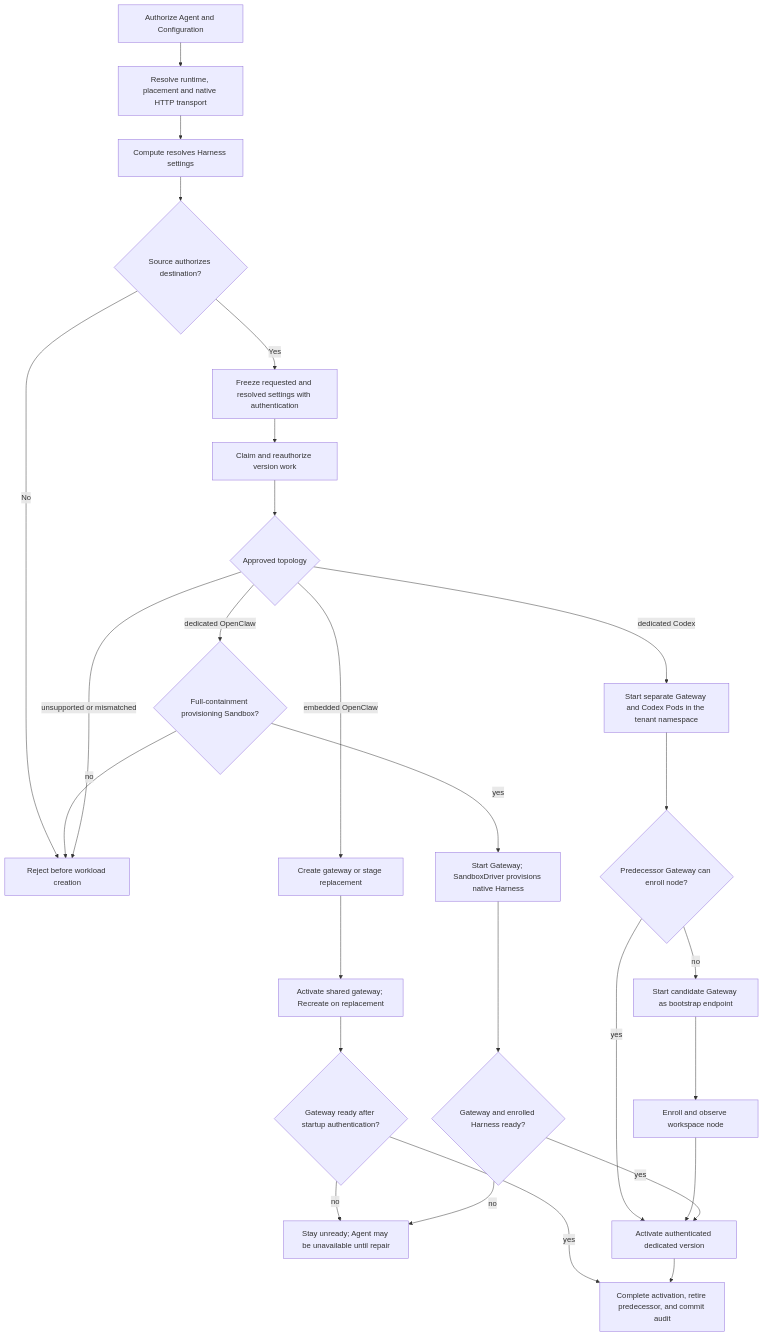
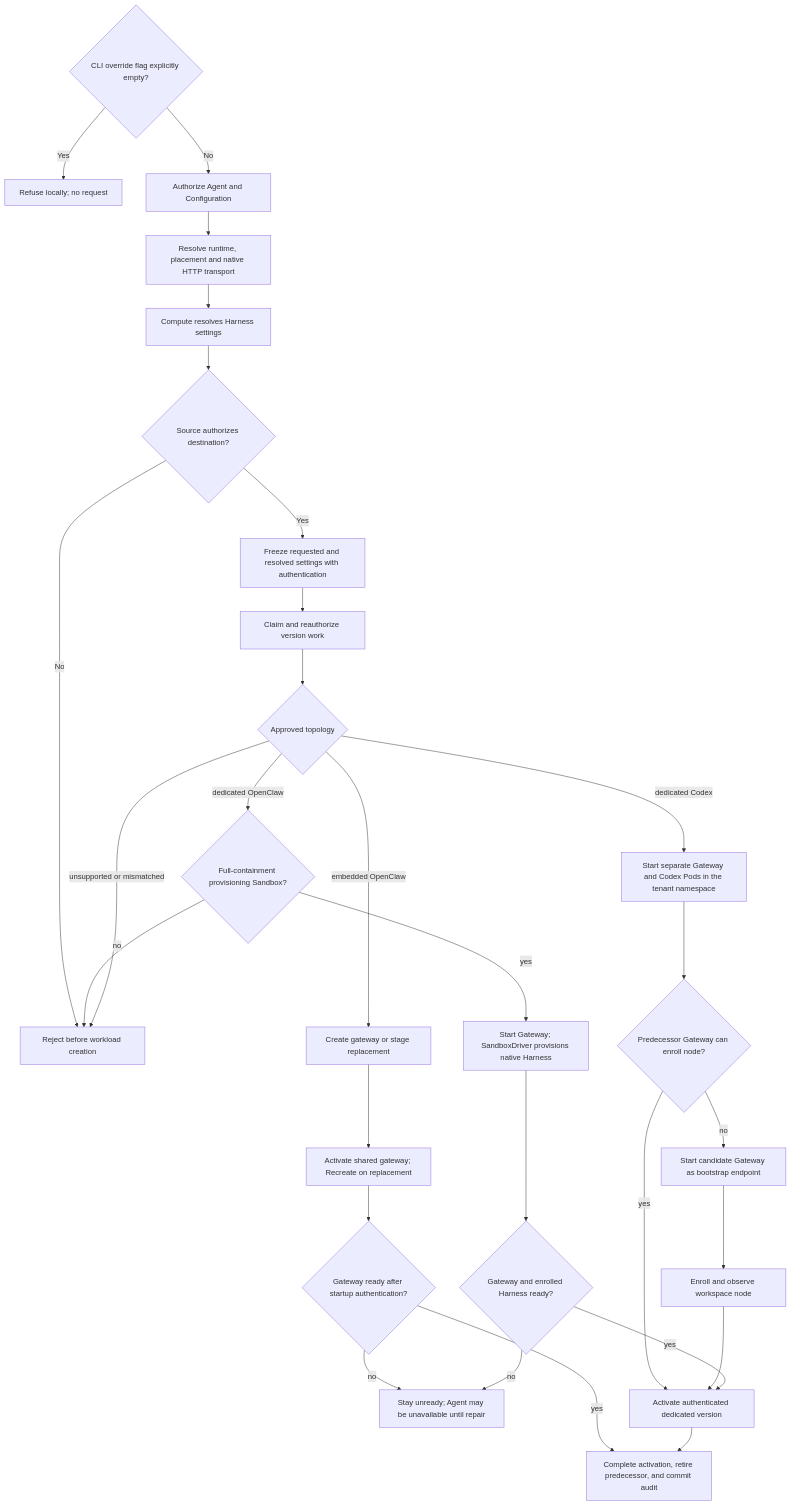
One commit to openclaw/openclaw-enterprise changed the diagram in docs/flows/harness-execution-topology.md. Above: the diagram before and after it, drawn with Mermaid. The commit also changed other lines of this file and 4 other files, not shown here.

Commit message:
fix(cli): refuse explicitly empty Harness override flags

````diff
--- a/docs/flows/harness-execution-topology.md
+++ b/docs/flows/harness-execution-topology.md
@@ -26,29 +26,31 @@
 ```mermaid
 graph TD
+  CLI{"CLI override flag explicitly empty?"} -->|Yes| Refuse["Refuse locally; no request"]
+  CLI -->|No| A
   A["Authorize Agent and Configuration"] --> B["Resolve runtime, placement and native HTTP transport"]
   B --> B1["Compute resolves Harness settings"]
   B1 --> B2{"Source authorizes destination?"}
   B2 -->|No| H
   B2 -->|Yes| C["Freeze requested and resolved settings with authentication"]
   C --> D["Claim and reauthorize version work"]
   D --> E{"Approved topology"}
   E -->|embedded OpenClaw| F["Create gateway or stage replacement"]
   E -->|dedicated Codex| G["Start separate Gateway and Codex Pods in the tenant namespace"]
   E -->|dedicated OpenClaw| Q{"Full-containment provisioning Sandbox?"}
   Q -->|no| H
   Q -->|yes| R["Start Gateway; SandboxDriver provisions native Harness"]
   E -->|unsupported or mismatched| H["Reject before workload creation"]
   F --> I["Activate shared gateway; Recreate on replacement"]
   I --> K{"Gateway ready after startup authentication?"}
   K -->|no| L["Stay unready; Agent may be unavailable until repair"]
   K -->|yes| J["Complete activation, retire predecessor, and commit audit"]
   G --> N{"Predecessor Gateway can enroll node?"}
   N -->|yes| M["Activate authenticated dedicated version"]
   N -->|no| O["Start candidate Gateway as bootstrap endpoint"]
   O --> P["Enroll and observe workspace node"]
   P --> M
   R --> S{"Gateway and enrolled Harness ready?"}
   S -->|no| L
   S -->|yes| M
   M --> J
 ```
````
